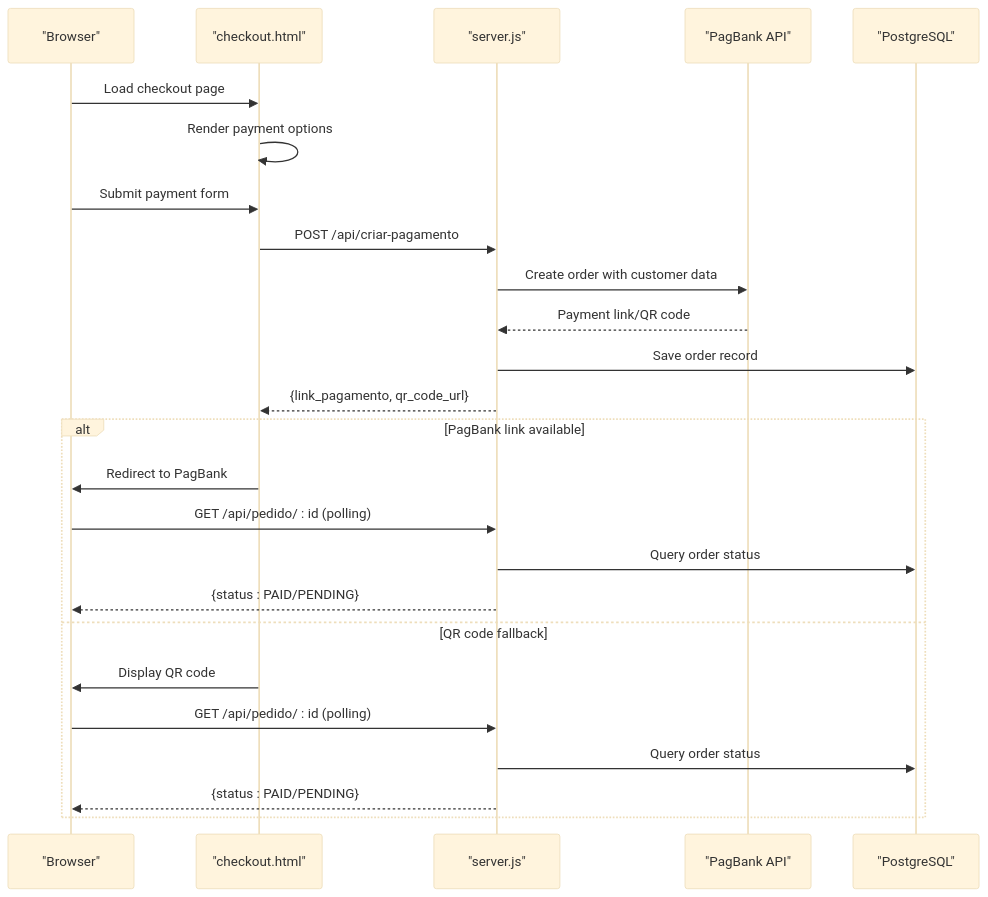
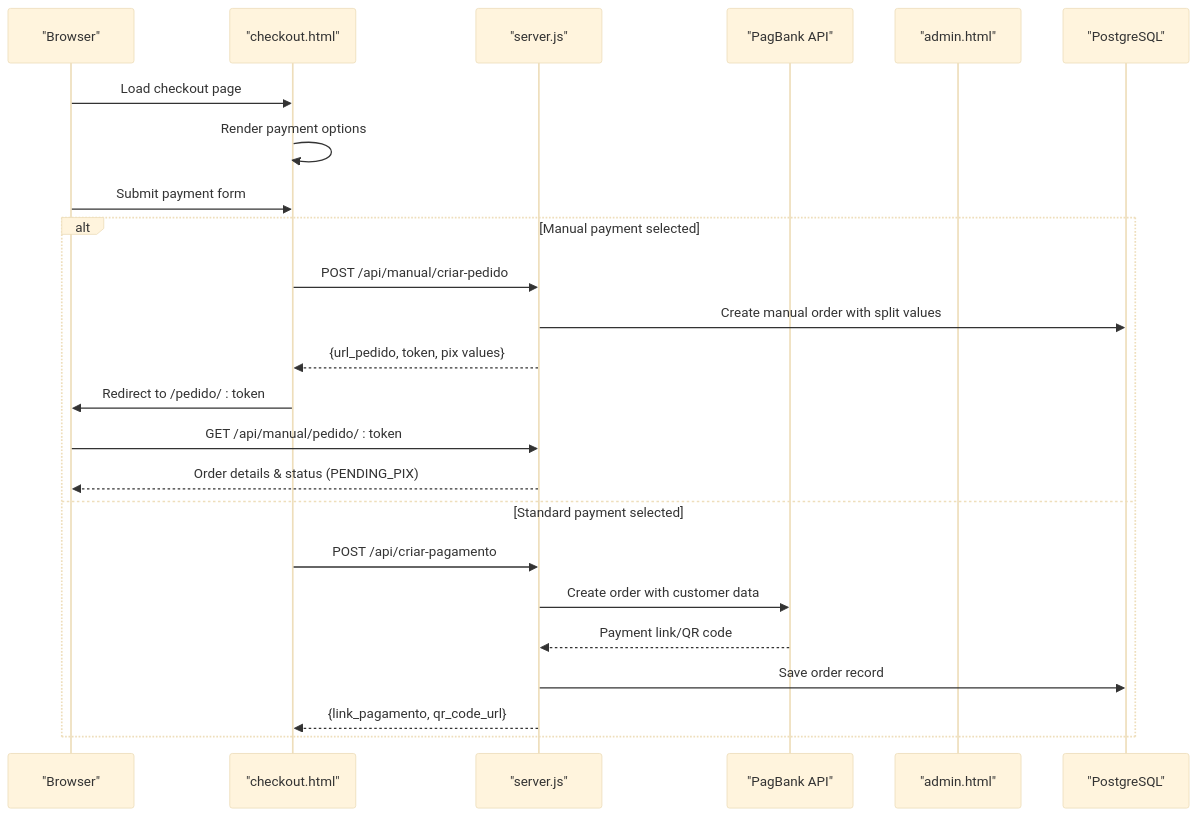
The second of 8 diagrams in .qoder/repowiki/en/content/Frontend Components/Checkout Interface (checkout.html).md (Alexandrexicara/qretiquetas.com), drawn with Mermaid (base theme) before and after one commit. The commit also changed other lines of this file and 6 other files, not shown here.

````diff
--- a/.qoder/repowiki/en/content/Frontend Components/Checkout Interface (checkout.html).md
+++ b/.qoder/repowiki/en/content/Frontend Components/Checkout Interface (checkout.html).md
@@ -97,27 +111,26 @@
 ```mermaid
 sequenceDiagram
 participant Client as "Browser"
 participant Checkout as "checkout.html"
 participant API as "server.js"
 participant PagBank as "PagBank API"
+participant Admin as "admin.html"
 participant DB as "PostgreSQL"
 Client->>Checkout : Load checkout page
 Checkout->>Checkout : Render payment options
 Client->>Checkout : Submit payment form
+alt Manual payment selected
+Checkout->>API : POST /api/manual/criar-pedido
+API->>DB : Create manual order with split values
+API-->>Checkout : {url_pedido, token, pix values}
+Checkout->>Client : Redirect to /pedido/ : token
+Client->>API : GET /api/manual/pedido/ : token
+API-->>Client : Order details & status (PENDING_PIX)
+else Standard payment selected
 Checkout->>API : POST /api/criar-pagamento
 API->>PagBank : Create order with customer data
 PagBank-->>API : Payment link/QR code
 API->>DB : Save order record
 API-->>Checkout : {link_pagamento, qr_code_url}
-alt PagBank link available
-Checkout->>Client : Redirect to PagBank
-Client->>API : GET /api/pedido/ : id (polling)
-API->>DB : Query order status
-API-->>Client : {status : PAID/PENDING}
-else QR code fallback
-Checkout->>Client : Display QR code
-Client->>API : GET /api/pedido/ : id (polling)
-API->>DB : Query order status
-API-->>Client : {status : PAID/PENDING}
 end
 ```
````
